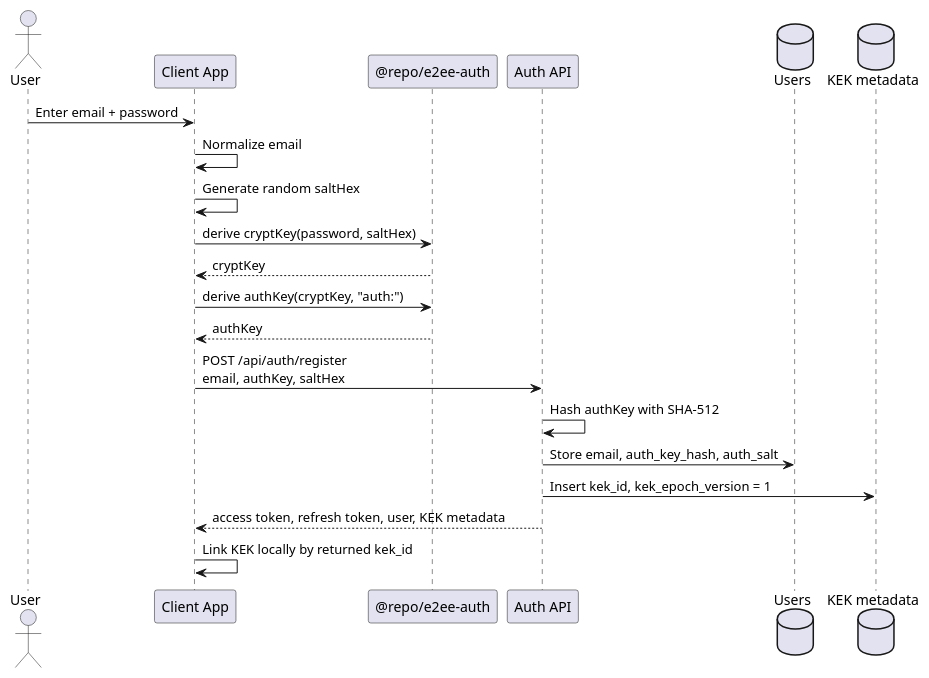
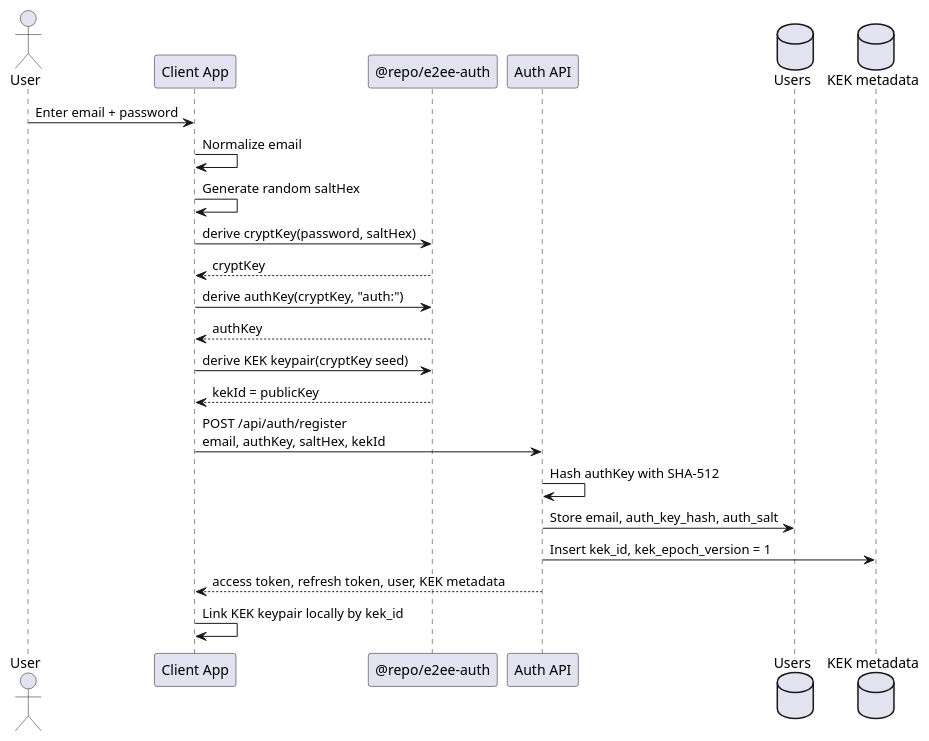
One commit to benedikt-weyer/preset-reactnative-expo-frontend-rust-backend-e2ee-github changed the first of 2 diagrams in apps/docs/docs/auth-authentication.md. Above: the diagram before and after it, drawn with PlantUML. The commit also changed other lines of this file and 31 other files, not shown here.

First line of the commit message:
feat!: implement asymmetric KEK keypair management and encryption

````diff
--- a/apps/docs/docs/auth-authentication.md
+++ b/apps/docs/docs/auth-authentication.md
@@ -24,26 +25,28 @@
 ```plantuml format="svg_inline" alt="Registration sequence" title="Registration sequence"
 @startuml
 skinparam shadowing false
 
 actor User
 participant "Client App" as Client
 participant "@repo/e2ee-auth" as Shared
 participant "Auth API" as Api
 database "Users" as Users
 database "KEK metadata" as KekMeta
 
 User -> Client: Enter email + password
 Client -> Client: Normalize email
 Client -> Client: Generate random saltHex
 Client -> Shared: derive cryptKey(password, saltHex)
 Shared --> Client: cryptKey
 Client -> Shared: derive authKey(cryptKey, "auth:")
 Shared --> Client: authKey
-Client -> Api: POST /api/auth/register\nemail, authKey, saltHex
+Client -> Shared: derive KEK keypair(cryptKey seed)
+Shared --> Client: kekId = publicKey
+Client -> Api: POST /api/auth/register\nemail, authKey, saltHex, kekId
 Api -> Api: Hash authKey with SHA-512
 Api -> Users: Store email, auth_key_hash, auth_salt
 Api -> KekMeta: Insert kek_id, kek_epoch_version = 1
 Api --> Client: access token, refresh token, user, KEK metadata
-Client -> Client: Link KEK locally by returned kek_id
+Client -> Client: Link KEK keypair locally by kek_id
 @enduml
 ```
````
